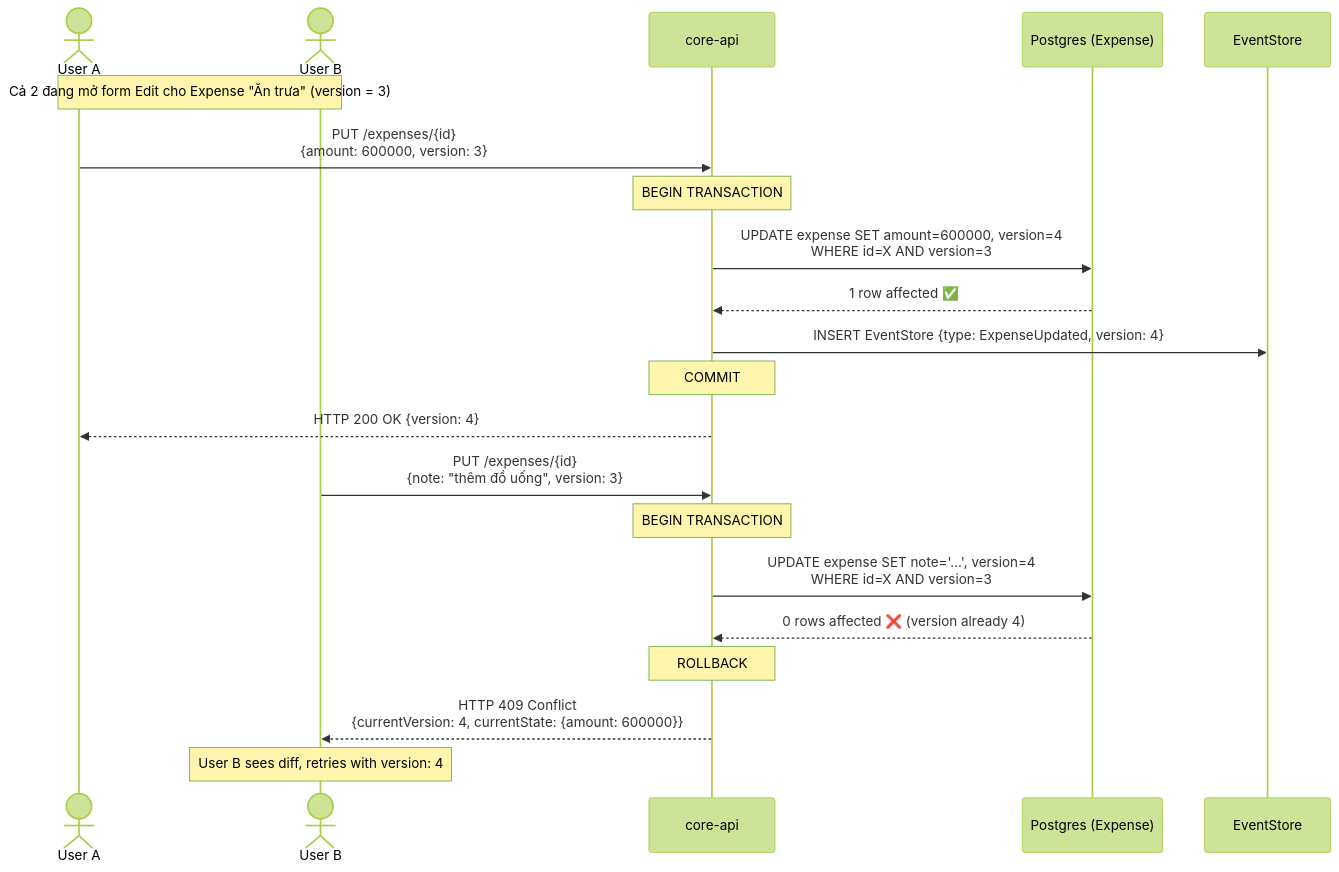
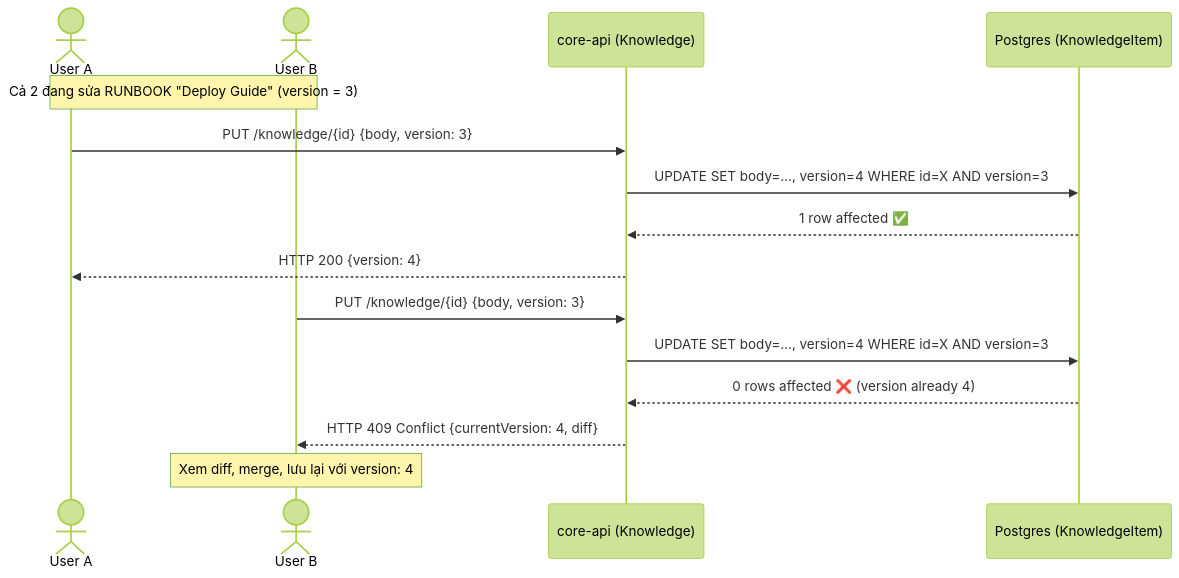
The fourth of 7 diagrams in docs/03_system_architecture_diagrams.md (minhle106cse/distributed-social-platform), drawn with Mermaid (forest theme) before and after one commit. The commit also changed other lines of this file and 49 other files, not shown here.

````diff
--- a/docs/03_system_architecture_diagrams.md
+++ b/docs/03_system_architecture_diagrams.md
@@ -251,27 +247,21 @@
 ```mermaid
 sequenceDiagram
     actor UserA as User A
     actor UserB as User B
-    participant API as core-api
-    participant DB as Postgres (Expense)
-    participant ES as EventStore
+    participant API as core-api (Knowledge)
+    participant DB as Postgres (KnowledgeItem)
 
-    Note over UserA,UserB: Cả 2 đang mở form Edit cho Expense "Ăn trưa" (version = 3)
+    Note over UserA,UserB: Cả 2 đang sửa RUNBOOK "Deploy Guide" (version = 3)
 
-    UserA->>API: PUT /expenses/{id}<br/>{amount: 600000, version: 3}
-    Note over API: BEGIN TRANSACTION
-    API->>DB: UPDATE expense SET amount=600000, version=4<br/>WHERE id=X AND version=3
+    UserA->>API: PUT /knowledge/{id} {body, version: 3}
+    API->>DB: UPDATE SET body=..., version=4 WHERE id=X AND version=3
     DB-->>API: 1 row affected ✅
-    API->>ES: INSERT EventStore {type: ExpenseUpdated, version: 4}
-    Note over API: COMMIT
-    API-->>UserA: HTTP 200 OK {version: 4}
+    API-->>UserA: HTTP 200 {version: 4}
 
-    UserB->>API: PUT /expenses/{id}<br/>{note: "thêm đồ uống", version: 3}
-    Note over API: BEGIN TRANSACTION
-    API->>DB: UPDATE expense SET note='...', version=4<br/>WHERE id=X AND version=3
+    UserB->>API: PUT /knowledge/{id} {body, version: 3}
+    API->>DB: UPDATE SET body=..., version=4 WHERE id=X AND version=3
     DB-->>API: 0 rows affected ❌ (version already 4)
-    Note over API: ROLLBACK
-    API-->>UserB: HTTP 409 Conflict<br/>{currentVersion: 4, currentState: {amount: 600000}}
+    API-->>UserB: HTTP 409 Conflict {currentVersion: 4, diff}
 
-    Note over UserB: User B sees diff, retries with version: 4
+    Note over UserB: Xem diff, merge, lưu lại với version: 4
 ```
````
